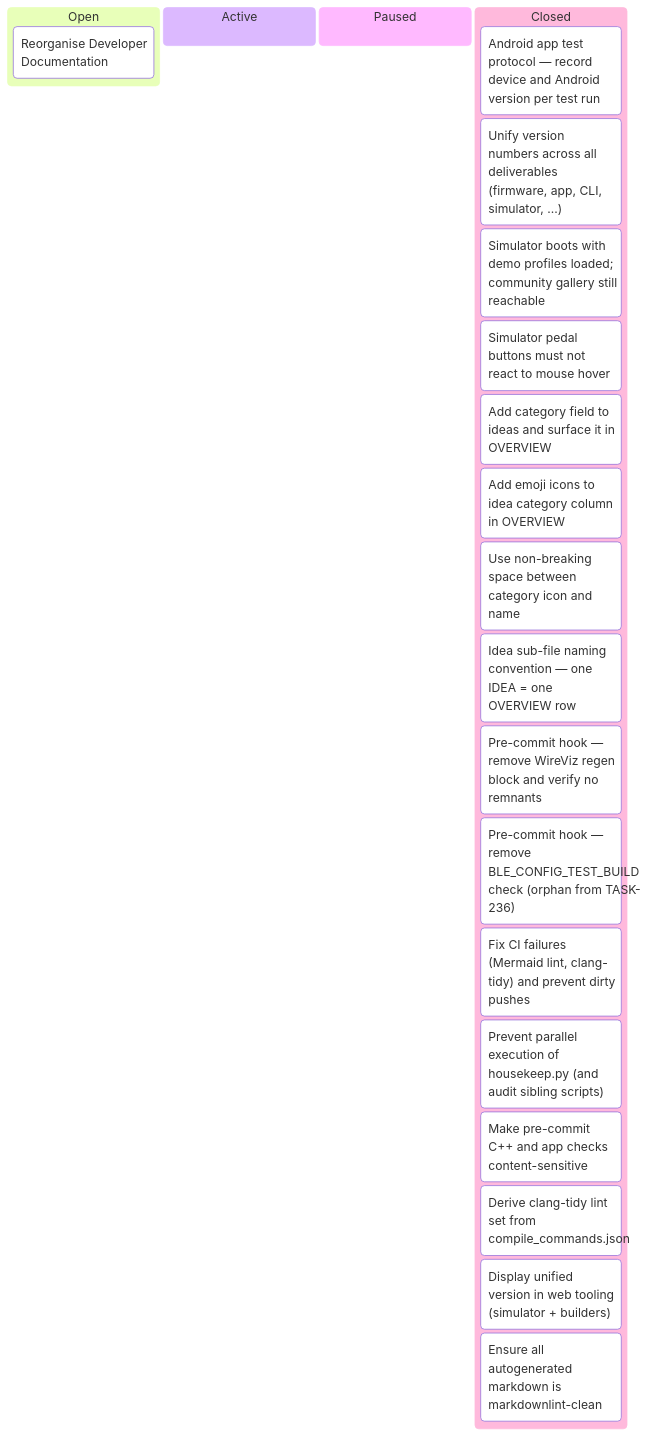
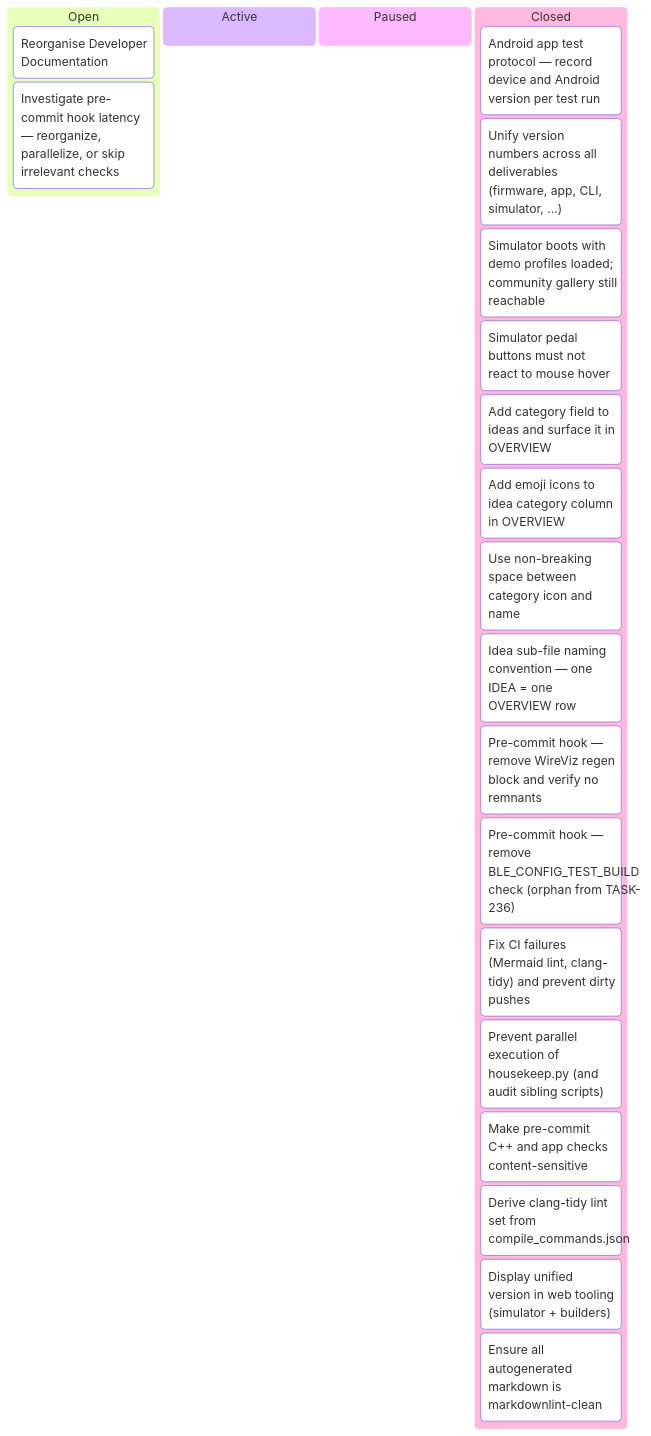
The seventh of 7 diagrams in docs/developers/tasks/KANBAN.md (tgd1975/AwesomeStudioPedal), drawn with Mermaid before and after one commit. The commit also changed other lines of this file and 3 other files, not shown here.

Commit message:
scaffold TASK-352: investigate pre-commit hook latency

````diff
--- a/docs/developers/tasks/KANBAN.md
+++ b/docs/developers/tasks/KANBAN.md
@@ -114,24 +114,25 @@
 ```mermaid
 kanban
   Open
     TASK_148["Reorganise Developer Documentation"]
+    TASK_352["Investigate pre-commit hook latency — reorganize, parallelize, or skip irrelevant checks"]
   Active
   Paused
   Closed
     TASK_259["Android app test protocol — record device and Android version per test run"]
     TASK_260["Unify version numbers across all deliverables (firmware, app, CLI, simulator, …)"]
     TASK_303["Simulator boots with demo profiles loaded; community gallery still reachable"]
     TASK_304["Simulator pedal buttons must not react to mouse hover"]
     TASK_305["Add category field to ideas and surface it in OVERVIEW"]
     TASK_313["Add emoji icons to idea category column in OVERVIEW"]
     TASK_314["Use non-breaking space between category icon and name"]
     TASK_315["Idea sub-file naming convention — one IDEA = one OVERVIEW row"]
     TASK_319["Pre-commit hook — remove WireViz regen block and verify no remnants"]
     TASK_320["Pre-commit hook — remove BLE_CONFIG_TEST_BUILD check (orphan from TASK-236)"]
     TASK_321["Fix CI failures (Mermaid lint, clang-tidy) and prevent dirty pushes"]
     TASK_328["Prevent parallel execution of housekeep.py (and audit sibling scripts)"]
     TASK_346["Make pre-commit C++ and app checks content-sensitive"]
     TASK_348["Derive clang-tidy lint set from compile_commands.json"]
     TASK_350["Display unified version in web tooling (simulator + builders)"]
     TASK_351["Ensure all autogenerated markdown is markdownlint-clean"]
 ```
````
